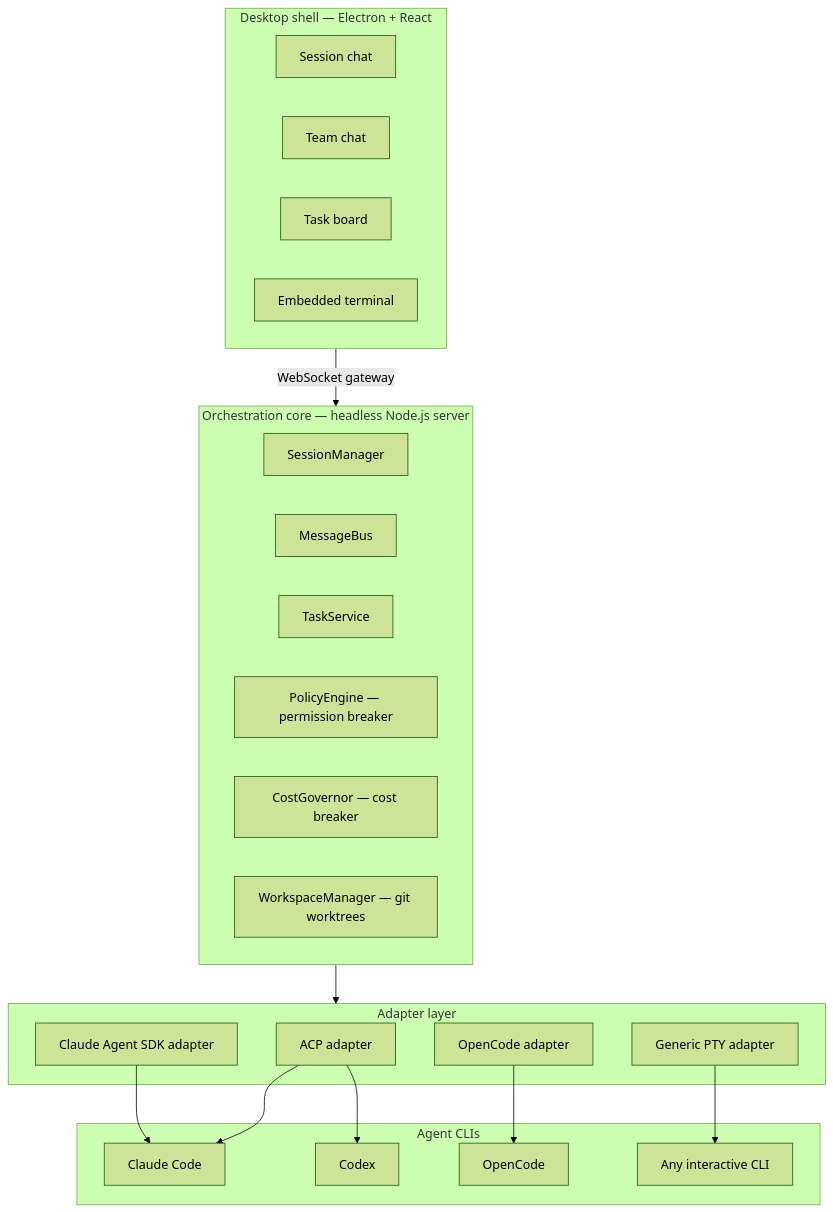
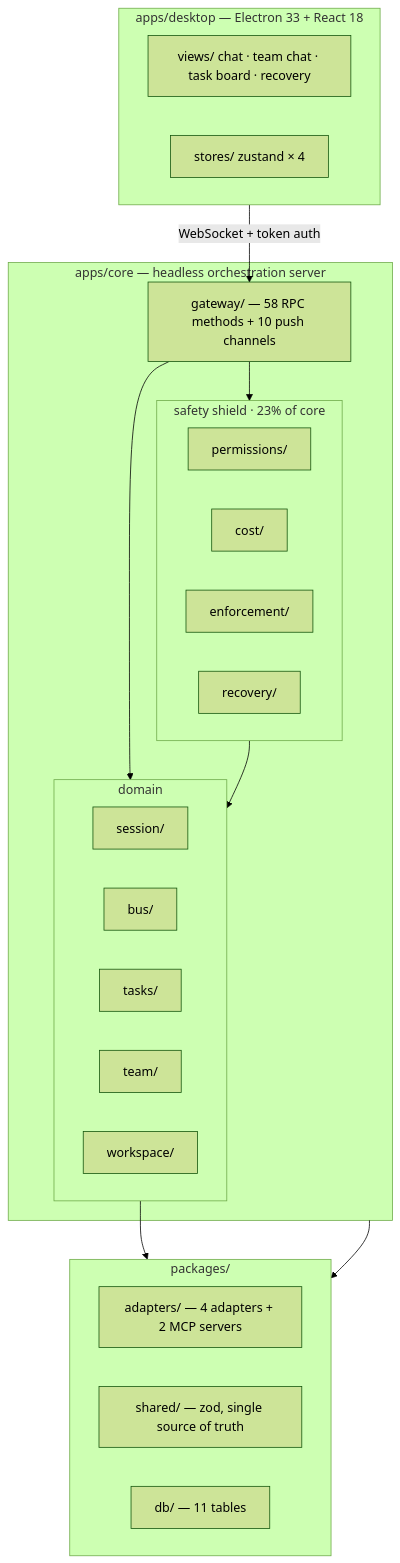
Before and after one commit to xing-101729/deskmony: the second of 3 diagrams in README.md, drawn with Mermaid (forest theme). The commit also changed other lines of this file and 2 other files, not shown here.

First line of the commit message:
Rewrite both READMEs from the audited architecture

````diff
--- a/README.md
+++ b/README.md
@@ -67,41 +105,41 @@
 ```mermaid
 flowchart TB
-    subgraph UI["Desktop shell — Electron + React"]
+    subgraph SHELL["apps/desktop — Electron 33 + React 18"]
         direction LR
-        Chat["Session chat"]
-        Team["Team chat"]
-        Board["Task board"]
-        Term["Embedded terminal"]
+        Views["views/ chat · team chat · task board · recovery"]
+        Stores["stores/ zustand × 4"]
     end
 
-    subgraph CORE["Orchestration core — headless Node.js server"]
-        SessMgr["SessionManager"]
-        Bus["MessageBus"]
-        TaskSvc["TaskService"]
-        Policy["PolicyEngine — permission breaker"]
-        Cost["CostGovernor — cost breaker"]
-        Work["WorkspaceManager — git worktrees"]
+    subgraph CORE["apps/core — headless orchestration server"]
+        GW["gateway/ — 58 RPC methods + 10 push channels"]
+        subgraph DOMAIN["domain"]
+            direction LR
+            Sess["session/"]
+            Bus["bus/"]
+            Task["tasks/"]
+            Team["team/"]
+            Work["workspace/"]
+        end
+        subgraph SHIELD["safety shield · 23% of core"]
+            direction LR
+            Perm["permissions/"]
+            Cost["cost/"]
+            Enf["enforcement/"]
+            Rec["recovery/"]
+        end
     end
 
-    subgraph ADPT["Adapter layer"]
-        ACP["ACP adapter"]
-        SDK["Claude Agent SDK adapter"]
-        OC["OpenCode adapter"]
-        PTY["Generic PTY adapter"]
+    subgraph PKG["packages/"]
+        direction LR
+        Adapters["adapters/ — 4 adapters + 2 MCP servers"]
+        Shared["shared/ — zod, single source of truth"]
+        Db["db/ — 11 tables"]
     end
 
-    subgraph AGENTS["Agent CLIs"]
-        CC["Claude Code"]
-        CDX["Codex"]
-        OCS["OpenCode"]
-        ANY["Any interactive CLI"]
-    end
-
-    UI -- "WebSocket gateway" --> CORE
-    CORE --> ADPT
-    ACP --> CC
-    ACP --> CDX
-    SDK --> CC
-    OC --> OCS
-    PTY --> ANY
+    SHELL -- "WebSocket + token auth" --> GW
+    GW --> DOMAIN
+    GW --> SHIELD
+    SHIELD --> DOMAIN
+    DOMAIN --> Adapters
+    CORE --> Db
 ```
````
